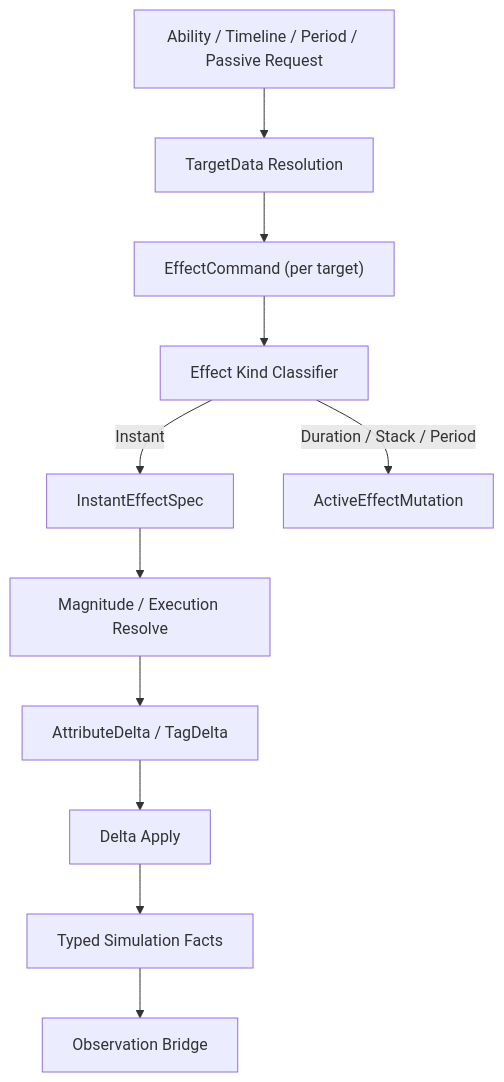
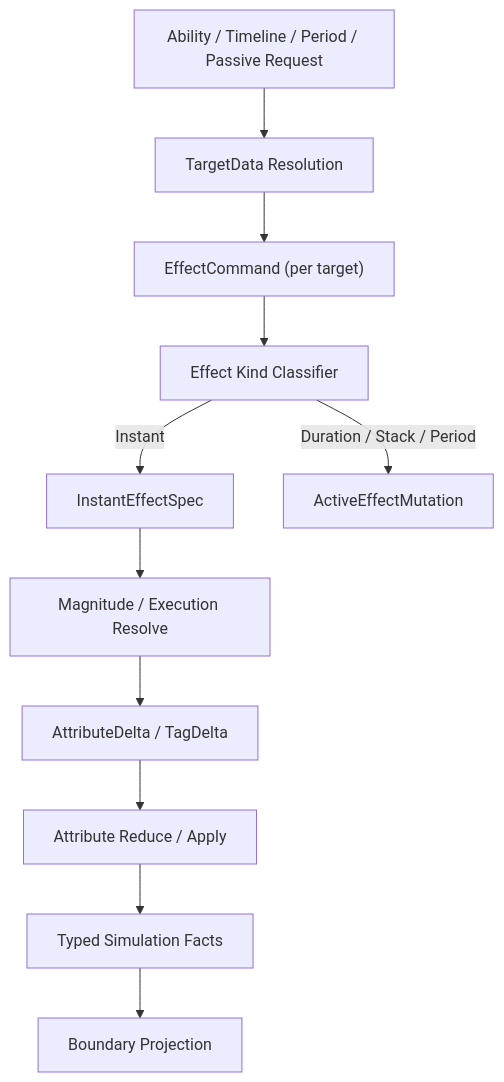
Before and after one commit to Bo-ki/gameplay-ability-system-for-unity: the diagram in 方案讨论/针对2.0的ECS架构的迭代方案讨论/01-目标态架构共识/04-EffectCommand-SpecStream-AttributeDeltaSpec.md, drawn with Mermaid. The commit also changed other lines of this file and 455 other files, not shown here.

````diff
--- a/方案讨论/针对2.0的ECS架构的迭代方案讨论/01-目标态架构共识/04-EffectCommand-SpecStream-AttributeDeltaSpec.md
+++ b/方案讨论/针对2.0的ECS架构的迭代方案讨论/01-目标态架构共识/04-EffectCommand-SpecStream-AttributeDeltaSpec.md
@@ -9,13 +9,13 @@
 ```mermaid
 flowchart TD
     Request["Ability / Timeline / Period / Passive Request"] --> TargetData["TargetData Resolution"]
     TargetData --> Command["EffectCommand (per target)"]
     Command --> Classifier["Effect Kind Classifier"]
     Classifier -->|Instant| Spec["InstantEffectSpec"]
     Classifier -->|Duration / Stack / Period| ActiveMutation["ActiveEffectMutation"]
     Spec --> Magnitude["Magnitude / Execution Resolve"]
     Magnitude --> Delta["AttributeDelta / TagDelta"]
-    Delta --> Apply["Delta Apply"]
+    Delta --> Apply["Attribute Reduce / Apply"]
     Apply --> Facts["Typed Simulation Facts"]
-    Facts --> ObservationBridge["Observation Bridge"]
+    Facts --> BoundaryProjection["Boundary Projection"]
 ```
````
